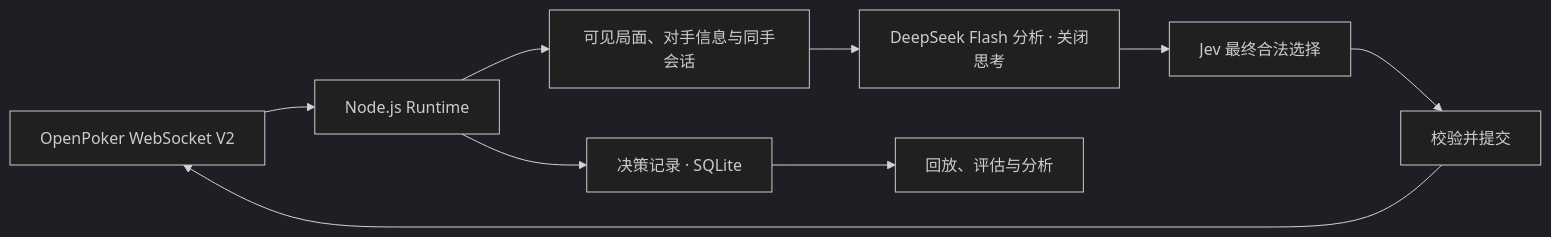
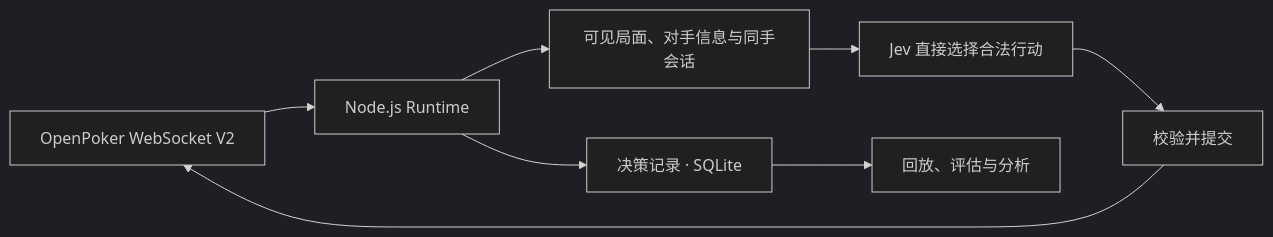
Before and after one commit to hewenyu/jev-card-agent: the diagram in README.zh-CN.md, drawn with Mermaid (dark theme). The commit also changed other lines of this file and 25 other files, not shown here.

````diff
--- a/README.zh-CN.md
+++ b/README.zh-CN.md
@@ -29,11 +29,10 @@
 ```mermaid
 flowchart LR
   O[OpenPoker WebSocket V2] --> R[Node.js Runtime]
   R --> C[可见局面、对手信息与同手会话]
-  C --> A[DeepSeek Flash 分析 · 关闭思考]
-  A --> J[Jev 最终合法选择]
+  C --> J[Jev 直接选择合法行动]
   J --> V[校验并提交]
   V --> O
   R --> T[决策记录 · SQLite]
   T --> E[回放、评估与分析]
 ```
````
